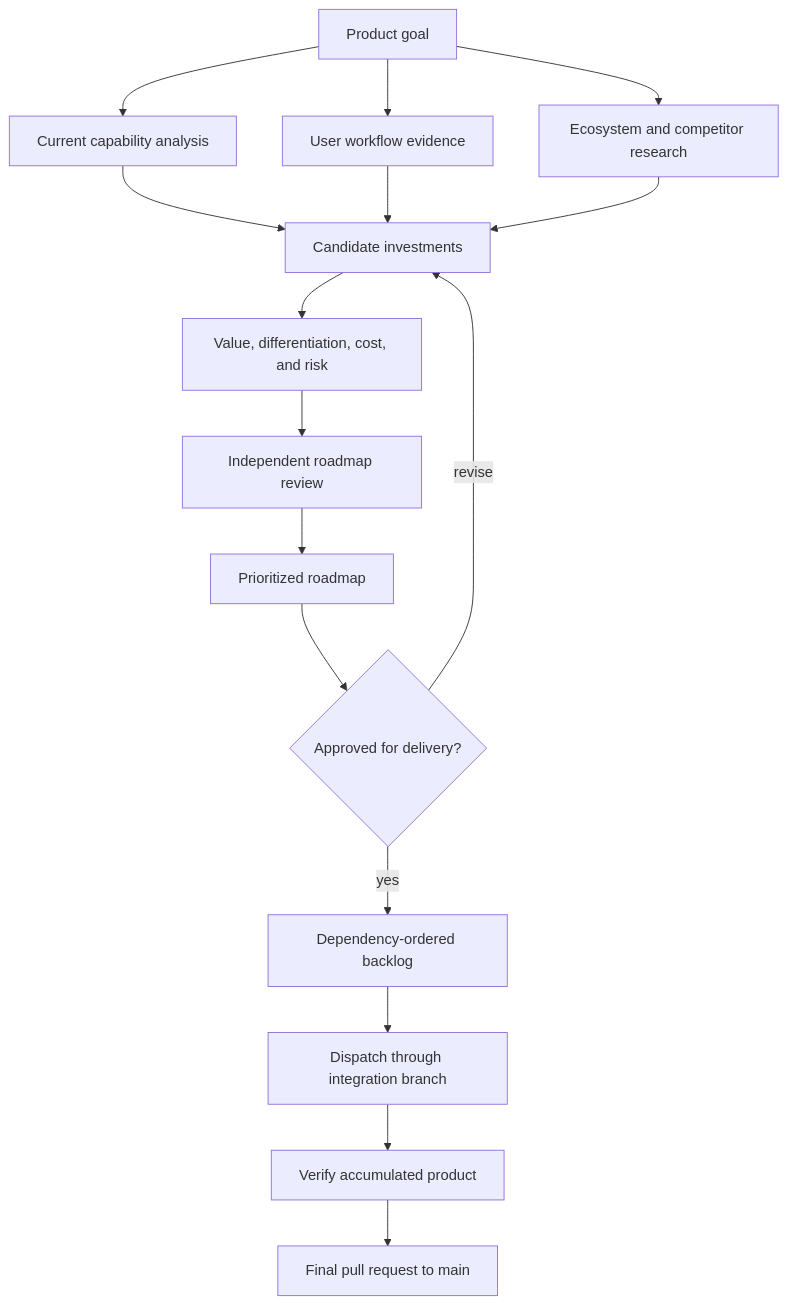
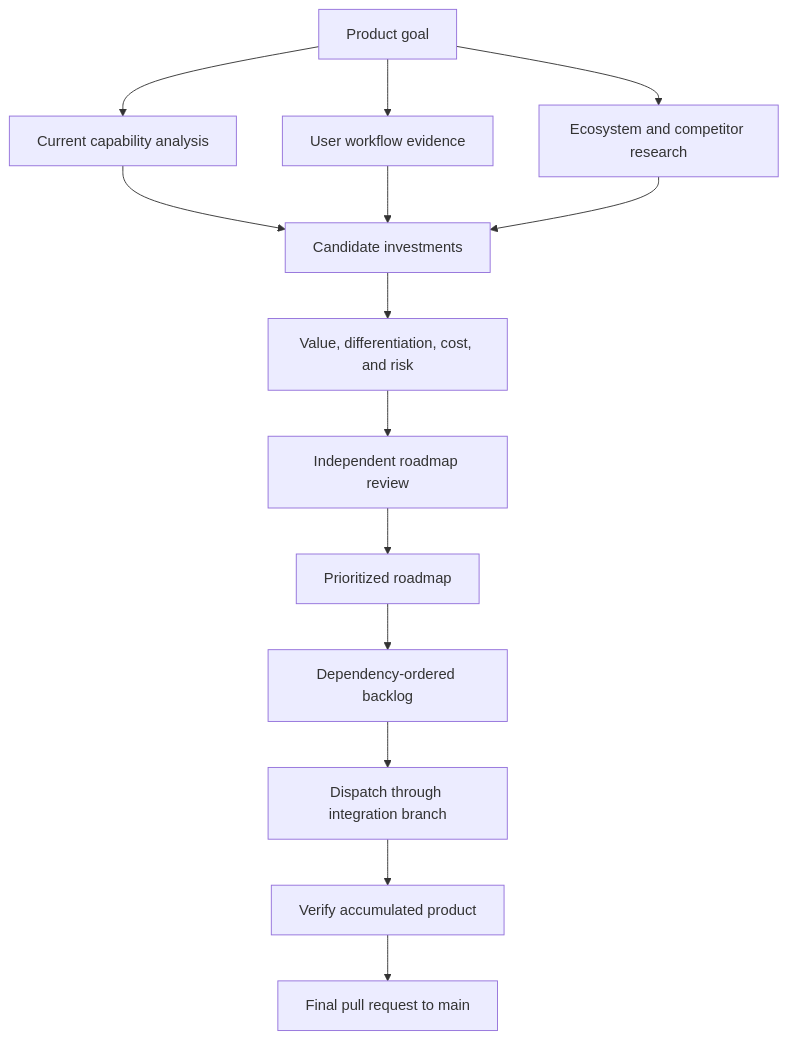
Before and after one commit to markovchainmontecarlo/sigil: the eighth of 9 diagrams in docs/explanation/ephemeral-sigil-patterns.md, drawn with Mermaid. The commit also changed other lines of this file, not shown here.

Commit message:
Separate human approval into its own pattern

````diff
--- a/docs/explanation/ephemeral-sigil-patterns.md
+++ b/docs/explanation/ephemeral-sigil-patterns.md
@@ -252,19 +254,17 @@
 ```mermaid
 flowchart TD
   Goal[Product goal]
   Goal --> Repo[Current capability analysis]
   Goal --> Users[User workflow evidence]
   Goal --> Market[Ecosystem and competitor research]
   Repo --> Options[Candidate investments]
   Users --> Options
   Market --> Options
   Options --> Evaluate[Value, differentiation, cost, and risk]
   Evaluate --> Review[Independent roadmap review]
   Review --> Roadmap[Prioritized roadmap]
-  Roadmap --> Approval{Approved for delivery?}
-  Approval -->|revise| Options
-  Approval -->|yes| Backlog[Dependency-ordered backlog]
+  Roadmap --> Backlog[Dependency-ordered backlog]
   Backlog --> Dispatch[Dispatch through integration branch]
   Dispatch --> Verify[Verify accumulated product]
   Verify --> FinalPR[Final pull request to main]
 ```
````
